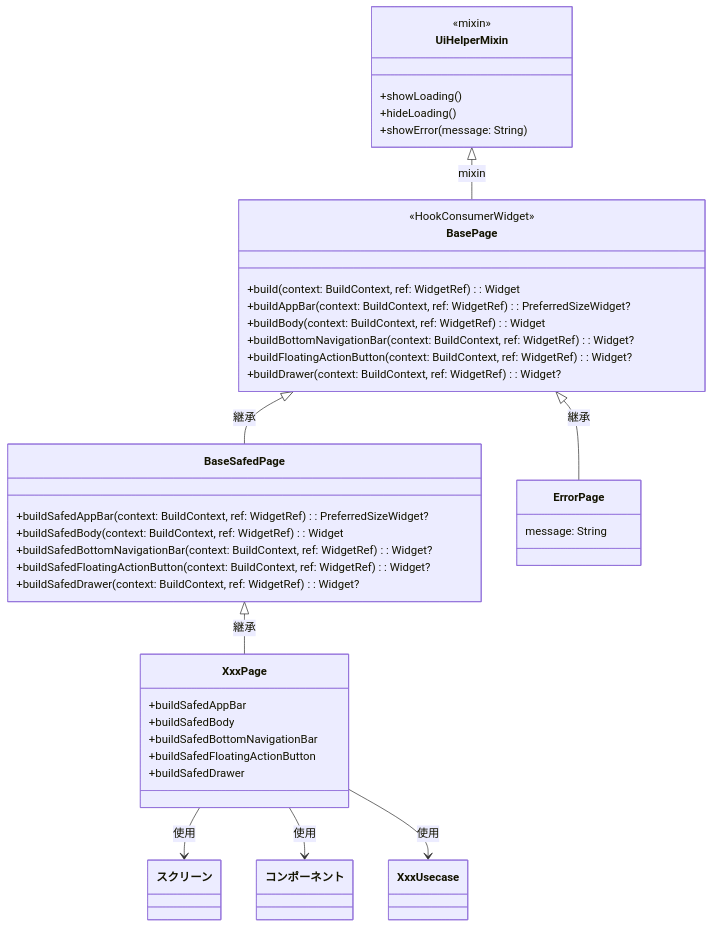
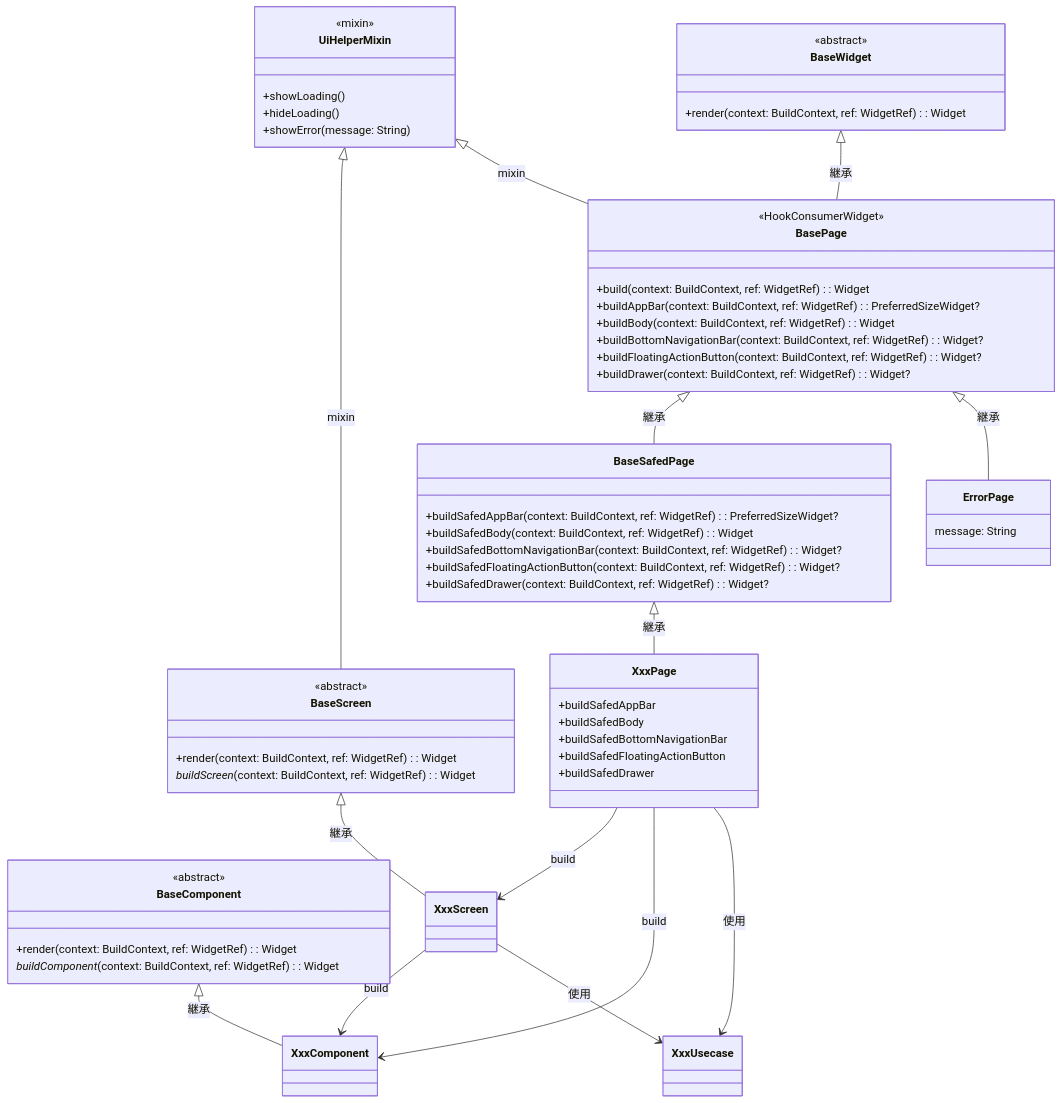
One commit to shuhei1101/allowance-questboard changed the diagram in docs/ja/flutter/ページ-page.md. Above: the diagram before and after it, drawn with Mermaid. The commit also changed other lines of this file and 60 other files, not shown here.

````diff
--- a/docs/ja/flutter/ページ-page.md
+++ b/docs/ja/flutter/ページ-page.md
@@ -8,52 +8,79 @@
 ```mermaid
 classDiagram
     class UiHelperMixin {
         <<mixin>>
         +showLoading()
         +hideLoading()
         +showError(message: String)
     }
     
+    class BaseWidget {
+      <<abstract>>
+      +render(context: BuildContext, ref: WidgetRef): Widget
+    }
+
+    BaseWidget <|-- BasePage : 継承
+
     class BasePage {
       <<HookConsumerWidget>>
       +build(context: BuildContext, ref: WidgetRef): Widget
       +buildAppBar(context: BuildContext, ref: WidgetRef): PreferredSizeWidget?
       +buildBody(context: BuildContext, ref: WidgetRef): Widget
       +buildBottomNavigationBar(context: BuildContext, ref: WidgetRef): Widget?
       +buildFloatingActionButton(context: BuildContext, ref: WidgetRef): Widget?
       +buildDrawer(context: BuildContext, ref: WidgetRef): Widget?
     }
 
     class BaseSafedPage {
       +buildSafedAppBar(context: BuildContext, ref: WidgetRef): PreferredSizeWidget?
       +buildSafedBody(context: BuildContext, ref: WidgetRef): Widget
       +buildSafedBottomNavigationBar(context: BuildContext, ref: WidgetRef): Widget?
       +buildSafedFloatingActionButton(context: BuildContext, ref: WidgetRef): Widget?
       +buildSafedDrawer(context: BuildContext, ref: WidgetRef): Widget?
     }
 
     class XxxPage {
       +buildSafedAppBar
       +buildSafedBody
       +buildSafedBottomNavigationBar
       +buildSafedFloatingActionButton
       +buildSafedDrawer
     }
 
     class ErrorPage {
       message: String
     }
 
-    class スクリーン
-    class コンポーネント
+    class BaseComponent {
+      <<abstract>>
+      +render(context: BuildContext, ref: WidgetRef): Widget
+      *buildComponent*(context: BuildContext, ref: WidgetRef): Widget
+    }
+
+    class BaseScreen {
+      <<abstract>>
+      +render(context: BuildContext, ref: WidgetRef): Widget
+      *buildScreen*(context: BuildContext, ref: WidgetRef): Widget
+    }
+
+    BaseComponent <|-- XxxComponent : 継承
+    BaseScreen <|-- XxxScreen : 継承
+    UiHelperMixin <|-- BaseScreen : mixin
+    XxxScreen --> XxxComponent : build
+    
+
+    class XxxScreen
+    class XxxComponent
 
     class XxxUsecase
 
     UiHelperMixin <|-- BasePage : mixin
     BasePage <|-- BaseSafedPage : 継承
     BaseSafedPage <|-- XxxPage : 継承
-    XxxPage --> スクリーン : 使用
-    XxxPage --> コンポーネント : 使用
+    XxxPage --> XxxScreen : build
+    XxxPage --> XxxComponent : build
     XxxPage --> XxxUsecase : 使用
+    XxxScreen --> XxxUsecase : 使用
     BasePage <|-- ErrorPage : 継承
+    
 ```
````
